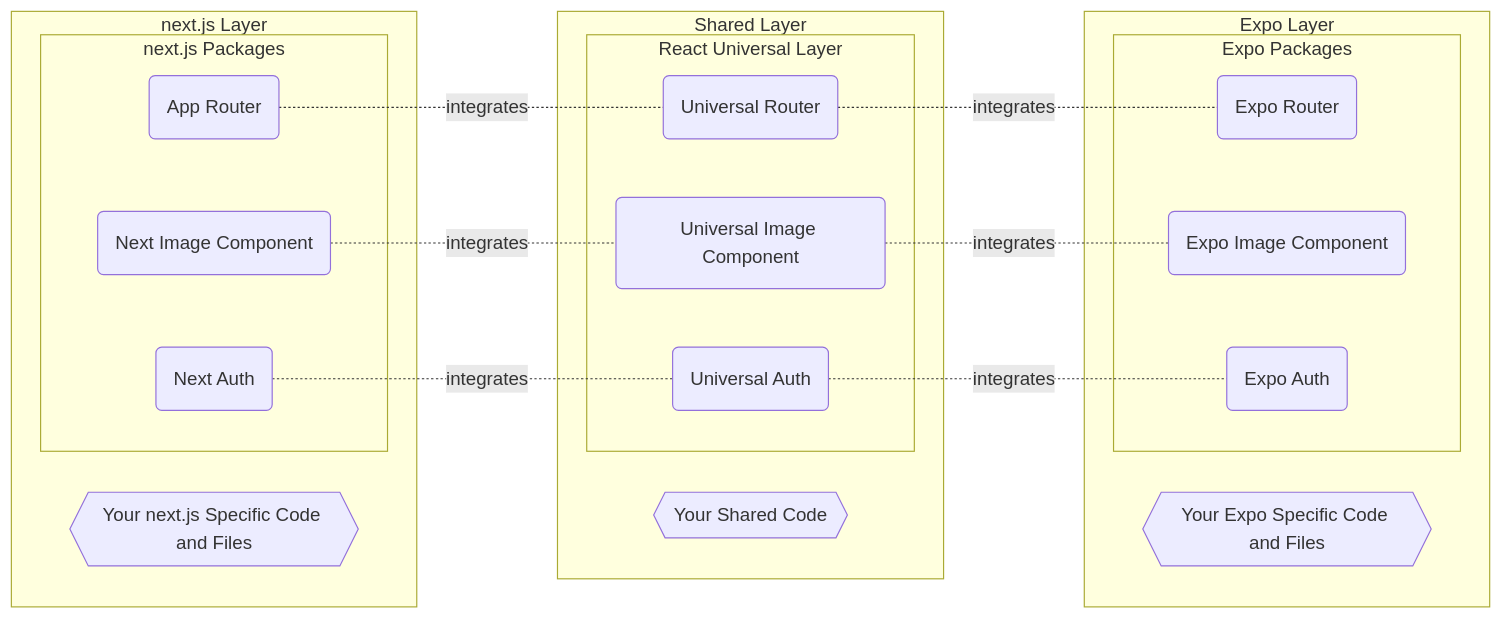
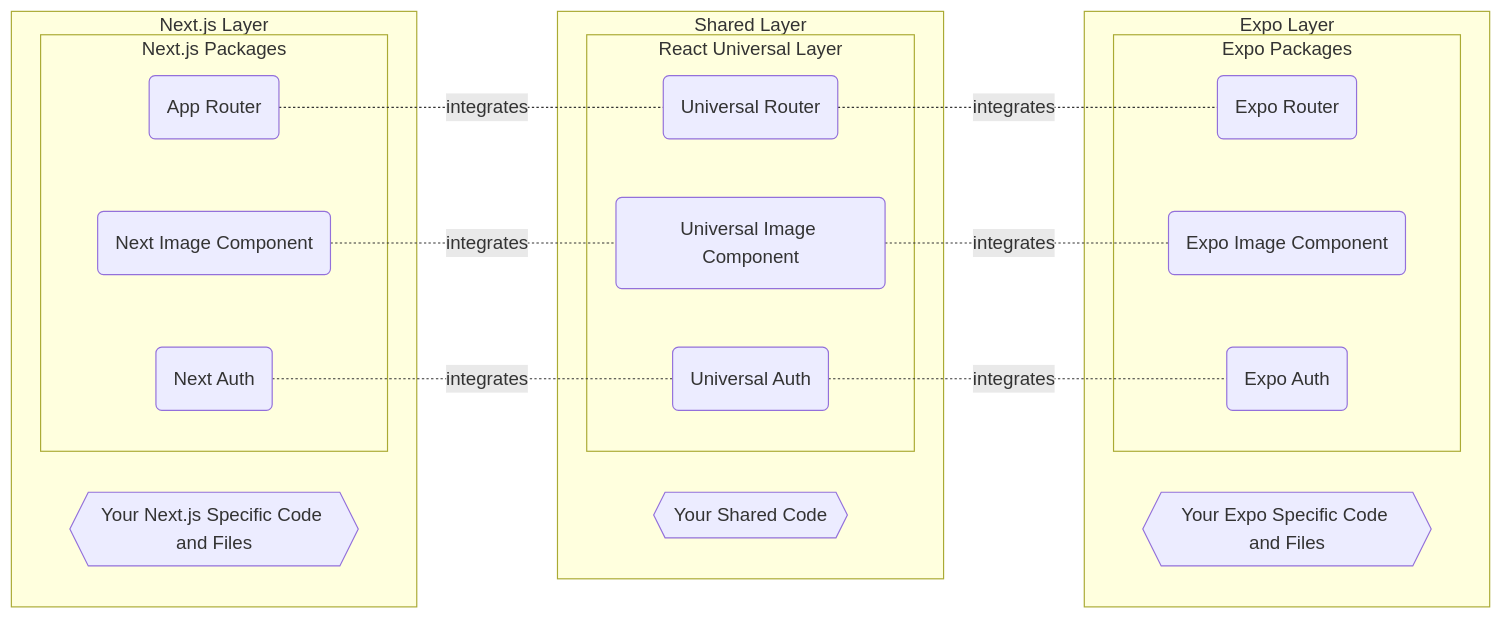
The diagram in README.md (gloredo/react-blend), drawn with Mermaid before and after one commit. The commit also changed other lines of this file, not shown here.

````diff
--- a/README.md
+++ b/README.md
@@ -43,49 +43,49 @@
 ```mermaid
 graph LR
 
-next-specific{{Your next.js Specific Code and Files}}
+next-specific{{Your Next.js Specific Code and Files}}
 app-router(App Router)
 next-image(Next Image Component)
 next-auth(Next Auth)
 
 expo-specific{{Your Expo Specific Code and Files}}
 expo-router(Expo Router)
 expo-image(Expo Image Component)
 expo-auth(Expo Auth)
 
 shared-code{{Your Shared Code}}
 rul-router(Universal Router)
 rul-image(Universal Image Component)
 rul-auth(Universal Auth)
 
-subgraph next.js Layer
+subgraph Next.js Layer
     next-specific
-    subgraph next.js Packages
+    subgraph Next.js Packages
         app-router
         next-image
         next-auth
     end
 end
 
 subgraph Expo Layer
     expo-specific
     subgraph Expo Packages
         expo-router
         expo-image
         expo-auth
     end
 end
 
 subgraph Shared Layer
     shared-code
     subgraph React Universal Layer
         rul-router
         rul-image
         rul-auth
     end
 end
 
 app-router -. integrates .- rul-router -. integrates .- expo-router
 next-image -. integrates .- rul-image -. integrates .- expo-image
 next-auth -. integrates .- rul-auth -. integrates .- expo-auth
 ```
````
